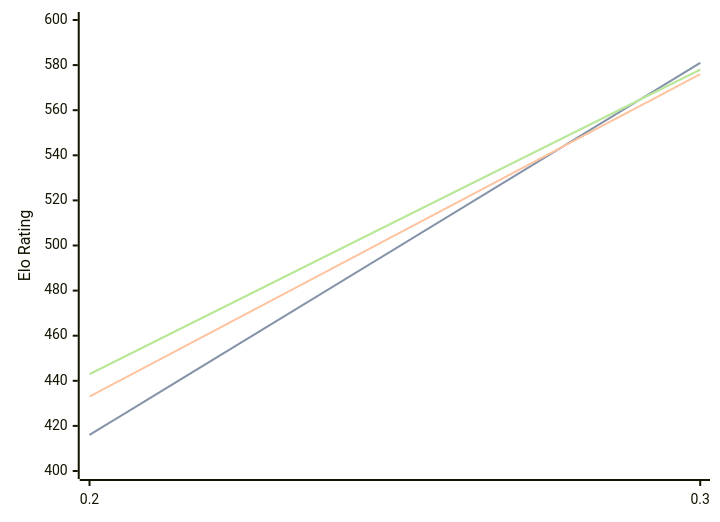
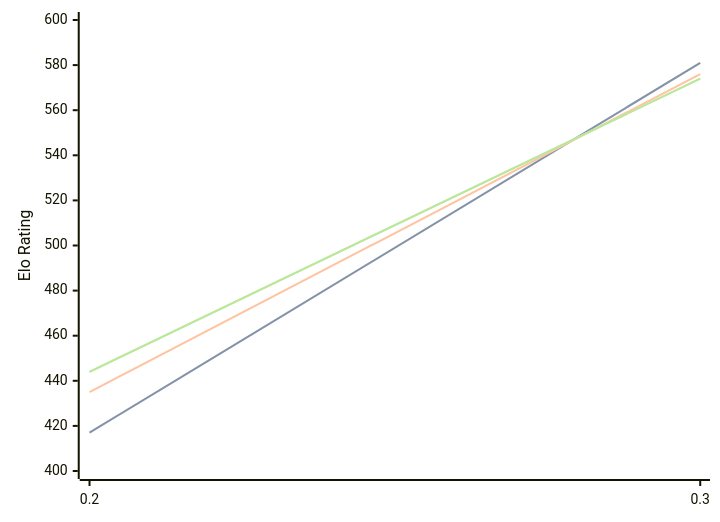
Before and after one commit to computer-chess-index/cci: the diagram in engines/Magpie.md, drawn with Mermaid. The commit also changed other lines of this file, not shown here.

Commit message:
Update CCI Ratings (ELO VLTC) - 2026-08-27

````diff
--- a/engines/Magpie.md
+++ b/engines/Magpie.md
@@ -32,11 +32,11 @@
 ```mermaid
 %%{init: {"theme":"base","themeVariables":{"seriesColors:['#a3a3a3','#222221','#faa371']}}}%%
 xychart-beta
   x-axis ["0.2", "0.3"]
   y-axis "Elo Rating" 400 --> 600
-  line "STC (8.0+0.08s)" [416, 581]
-  line "STC (8.0+0.08s)" [416, 581]
-  line "LTC (60.0+0.60s)" [433, 576]
-  line "VLTC (2m24s+1.12s)" [443, 578]
-  line "VLTC (2m24s+1.12s)" [443, 578]
+  line "STC (8.0+0.08s)" [417, 581]
+  line "STC (8.0+0.08s)" [417, 581]
+  line "LTC (60.0+0.60s)" [435, 576]
+  line "VLTC (2m24s+1.12s)" [444, 574]
+  line "VLTC (2m24s+1.12s)" [444, 574]
 ```
````
